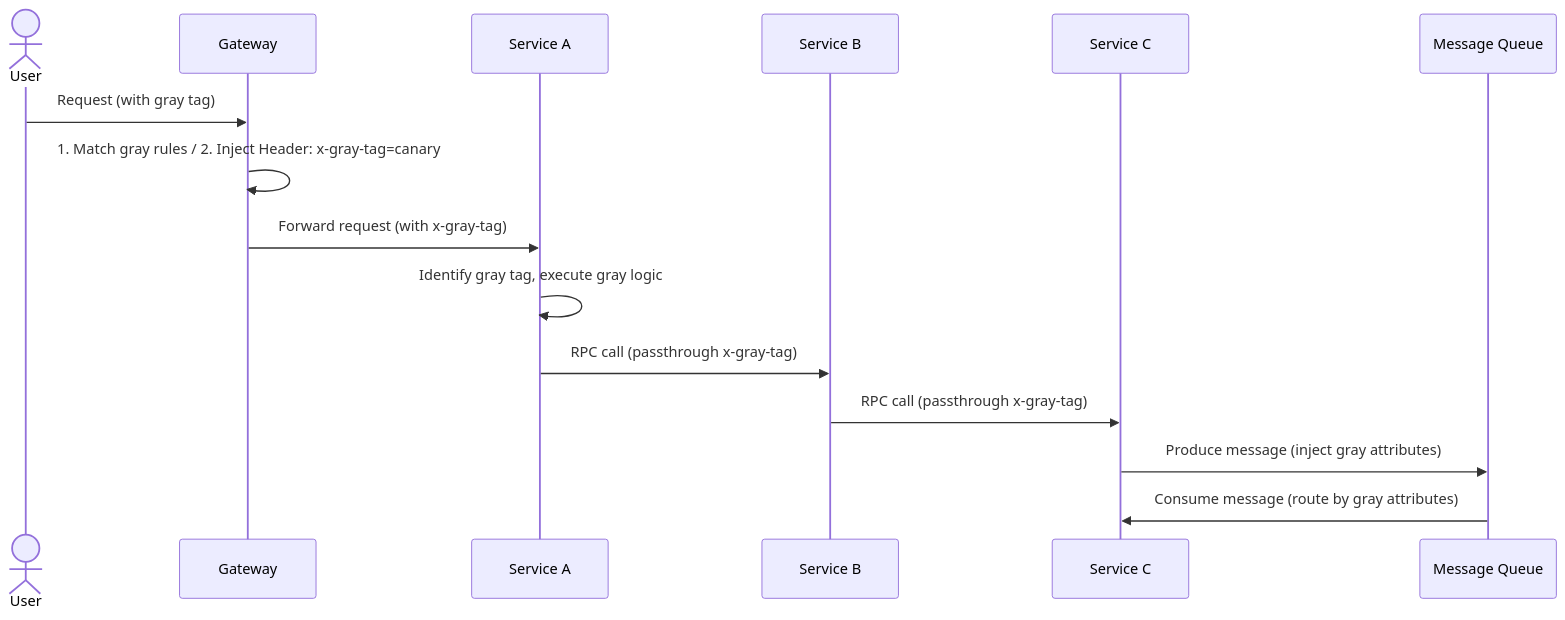
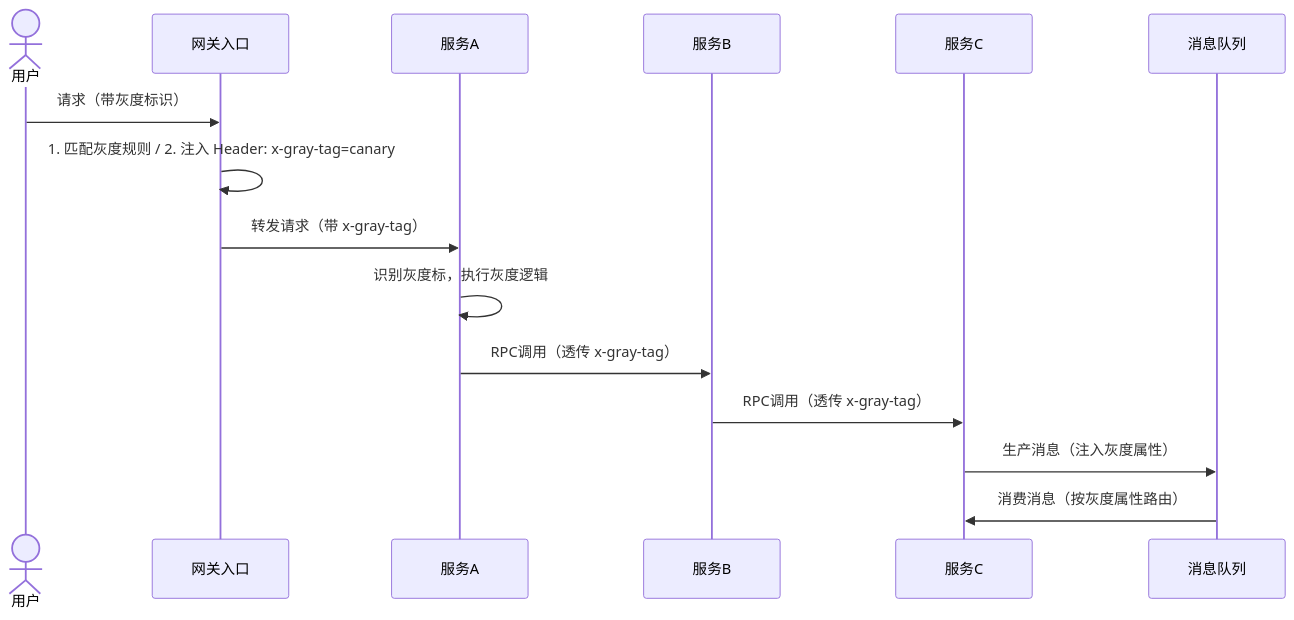
One commit to Kirky-X/cangjie changed the fourth of 9 diagrams in templates/Product/Delivery/Template-Canary-Plan.md. Above: the diagram before and after it, drawn with Mermaid. The commit also changed other lines of this file and 33 other files, not shown here.

````diff
--- a/templates/Product/Delivery/Template-Canary-Plan.md
+++ b/templates/Product/Delivery/Template-Canary-Plan.md
@@ -188,18 +188,18 @@
 ```mermaid
 sequenceDiagram
-    actor U as User
-    participant GW as Gateway
-    participant S1 as Service A
-    participant S2 as Service B
-    participant S3 as Service C
-    participant MQ as Message Queue
+    actor U as 用户
+    participant GW as 网关入口
+    participant S1 as 服务A
+    participant S2 as 服务B
+    participant S3 as 服务C
+    participant MQ as 消息队列
 
-    U->>GW: Request (with gray tag)
-    GW->>GW: 1. Match gray rules / 2. Inject Header: x-gray-tag=canary
-    GW->>S1: Forward request (with x-gray-tag)
-    S1->>S1: Identify gray tag, execute gray logic
-    S1->>S2: RPC call (passthrough x-gray-tag)
-    S2->>S3: RPC call (passthrough x-gray-tag)
-    S3->>MQ: Produce message (inject gray attributes)
-    MQ->>S3: Consume message (route by gray attributes)
+    U->>GW: 请求（带灰度标识）
+    GW->>GW: 1. 匹配灰度规则 / 2. 注入 Header: x-gray-tag=canary
+    GW->>S1: 转发请求（带 x-gray-tag）
+    S1->>S1: 识别灰度标，执行灰度逻辑
+    S1->>S2: RPC调用（透传 x-gray-tag）
+    S2->>S3: RPC调用（透传 x-gray-tag）
+    S3->>MQ: 生产消息（注入灰度属性）
+    MQ->>S3: 消费消息（按灰度属性路由）
 ```
````
